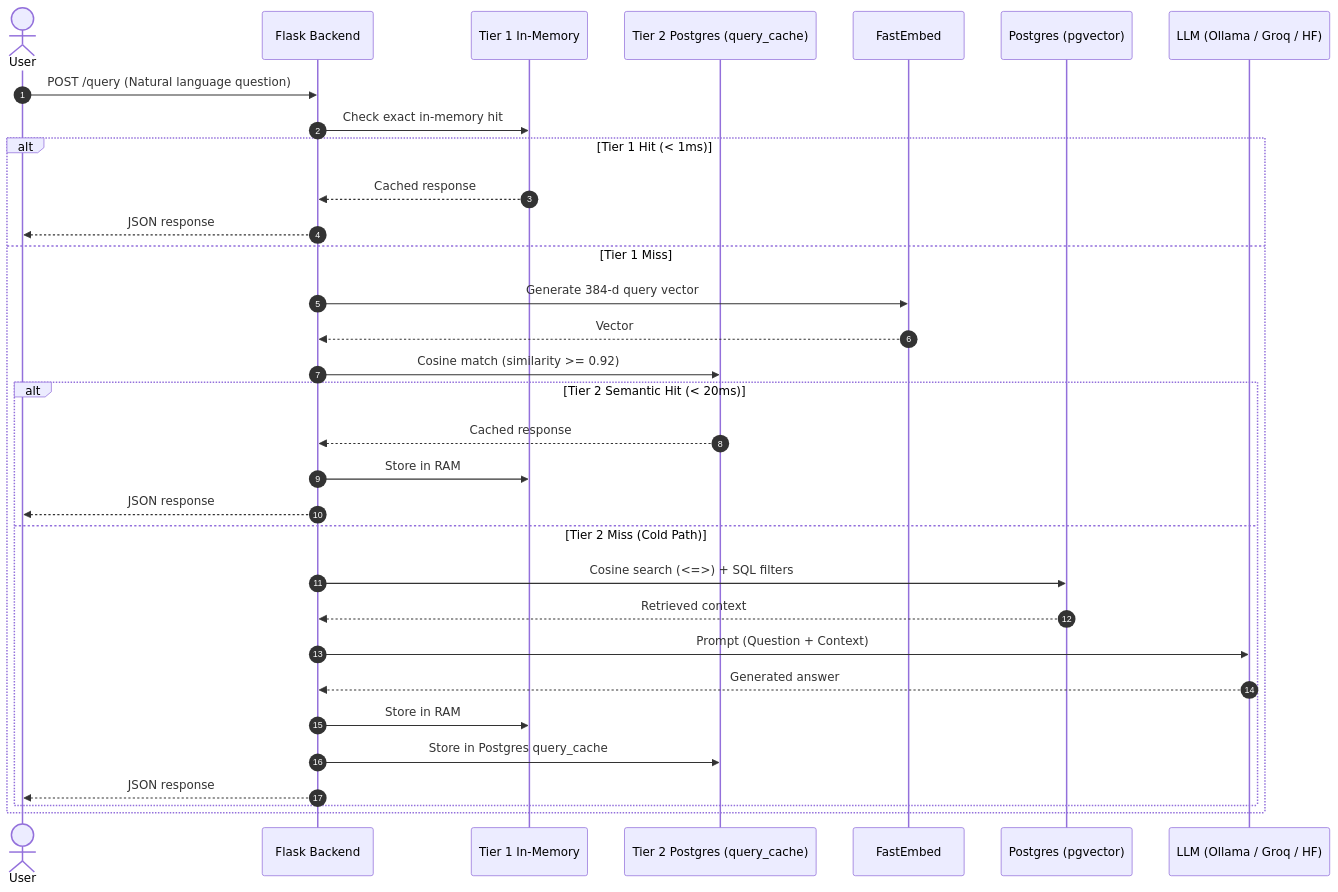
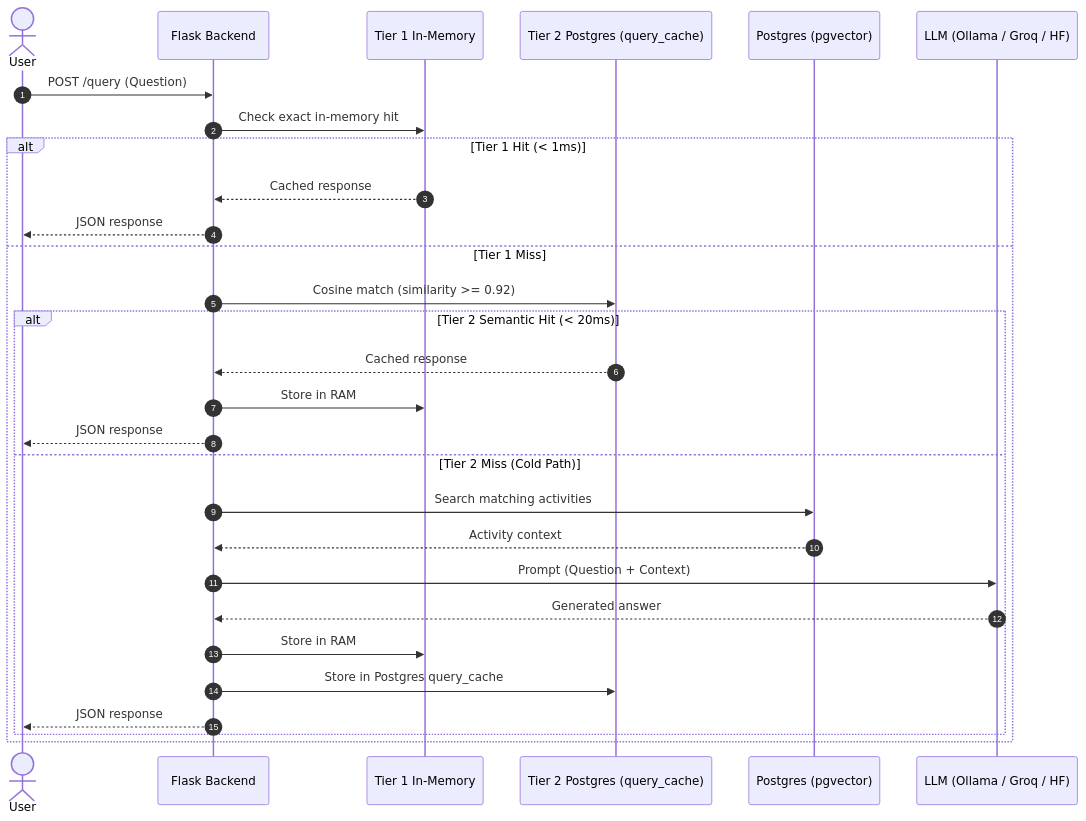
The diagram in docs/overview.md (pugmarx/strava-insights-rag), drawn with Mermaid before and after one commit. The commit also changed other lines of this file and 1 other file, not shown here.

Commit message:
docs: simplify and declutter architecture and cache invalidation diagrams

````diff
--- a/docs/overview.md
+++ b/docs/overview.md
@@ -135,35 +135,32 @@
 ```mermaid
 sequenceDiagram
     autonumber
     actor User
     participant API as Flask Backend
     participant Cache as Tier 1 In-Memory
     participant DBCache as Tier 2 Postgres (query_cache)
-    participant Embed as FastEmbed
     participant DB as Postgres (pgvector)
     participant LLM as LLM (Ollama / Groq / HF)
 
-    User->>API: POST /query (Natural language question)
+    User->>API: POST /query (Question)
     API->>Cache: Check exact in-memory hit
     alt Tier 1 Hit (< 1ms)
         Cache-->>API: Cached response
         API-->>User: JSON response
     else Tier 1 Miss
-        API->>Embed: Generate 384-d query vector
-        Embed-->>API: Vector
         API->>DBCache: Cosine match (similarity >= 0.92)
         alt Tier 2 Semantic Hit (< 20ms)
             DBCache-->>API: Cached response
             API->>Cache: Store in RAM
             API-->>User: JSON response
         else Tier 2 Miss (Cold Path)
-            API->>DB: Cosine search (<=>) + SQL filters
-            DB-->>API: Retrieved context
+            API->>DB: Search matching activities
+            DB-->>API: Activity context
             API->>LLM: Prompt (Question + Context)
             LLM-->>API: Generated answer
             API->>Cache: Store in RAM
             API->>DBCache: Store in Postgres query_cache
             API-->>User: JSON response
         end
     end
 ```
````
